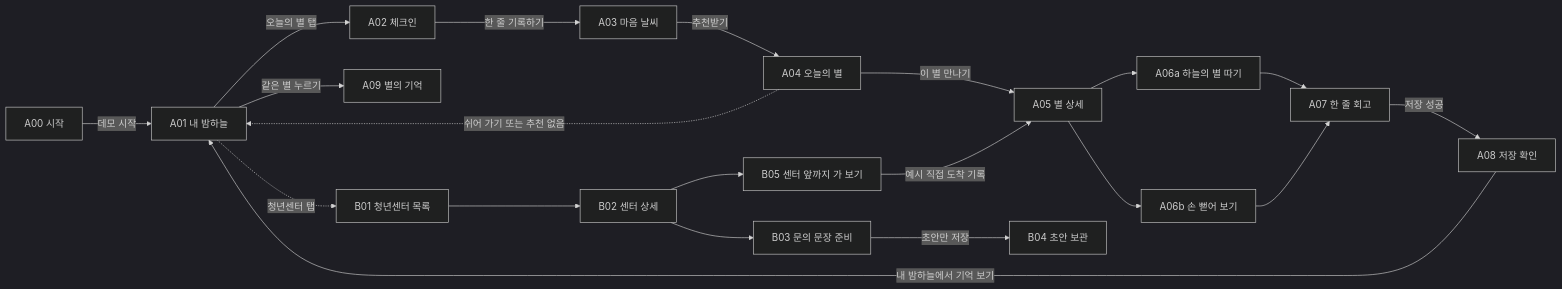
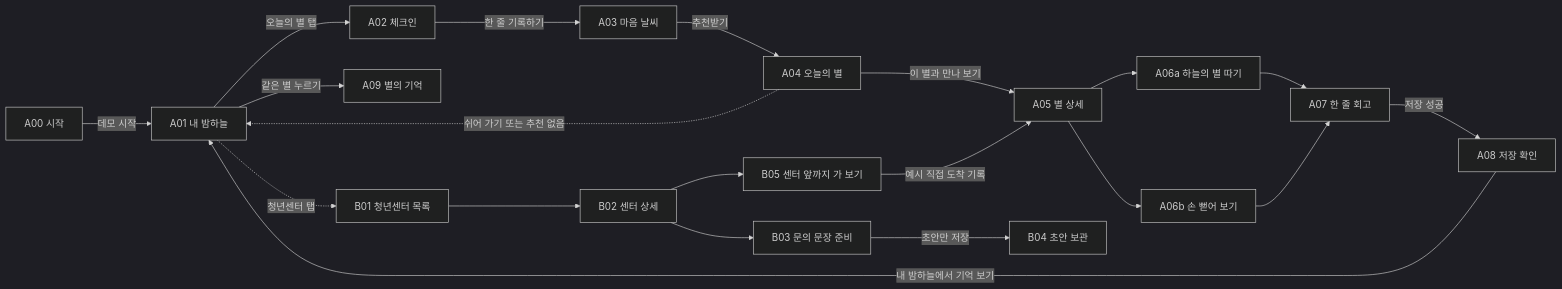
One commit to Yunseok3541/itda-naranhi changed the diagram in docs/기획/나란히_Figma_화면설계_가이드.md. Above: the diagram before and after it, drawn with Mermaid (dark theme). The commit also changed other lines of this file and 13 other files, not shown here.

````diff
--- a/docs/기획/나란히_Figma_화면설계_가이드.md
+++ b/docs/기획/나란히_Figma_화면설계_가이드.md
@@ -57,22 +57,22 @@
 ```mermaid
 flowchart LR
   A00["A00 시작"] -->|데모 시작| A01["A01 내 밤하늘"]
   A01 -->|오늘의 별 탭| A02["A02 체크인"]
   A02 -->|한 줄 기록하기| A03["A03 마음 날씨"]
   A03 -->|추천받기| A04["A04 오늘의 별"]
-  A04 -->|이 별 만나기| A05["A05 별 상세"]
+  A04 -->|이 별과 만나 보기| A05["A05 별 상세"]
   A04 -. 쉬어 가기 또는 추천 없음 .-> A01
   A05 --> A06a["A06a 하늘의 별 따기"]
   A05 --> A06b["A06b 손 뻗어 보기"]
   A06a --> A07["A07 한 줄 회고"]
   A06b --> A07
   A07 -->|저장 성공| A08["A08 저장 확인"]
   A08 -->|내 밤하늘에서 기억 보기| A01
   A01 -->|같은 별 누르기| A09["A09 별의 기억"]
   A01 -. 청년센터 탭 .-> B01["B01 청년센터 목록"]
   B01 --> B02["B02 센터 상세"]
   B02 --> B03["B03 문의 문장 준비"]
   B03 -->|초안만 저장| B04["B04 초안 보관"]
   B02 --> B05["B05 센터 앞까지 가 보기"]
   B05 -->|예시 직접 도착 기록| A05
 ```
````
